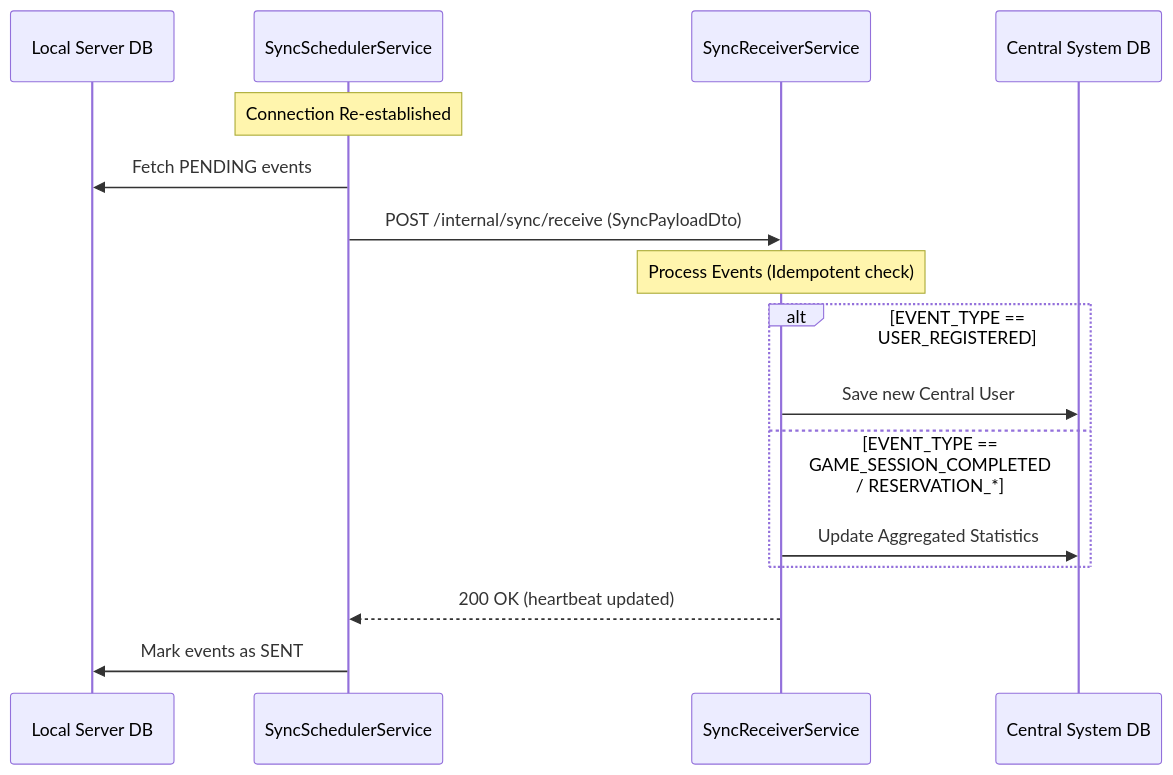
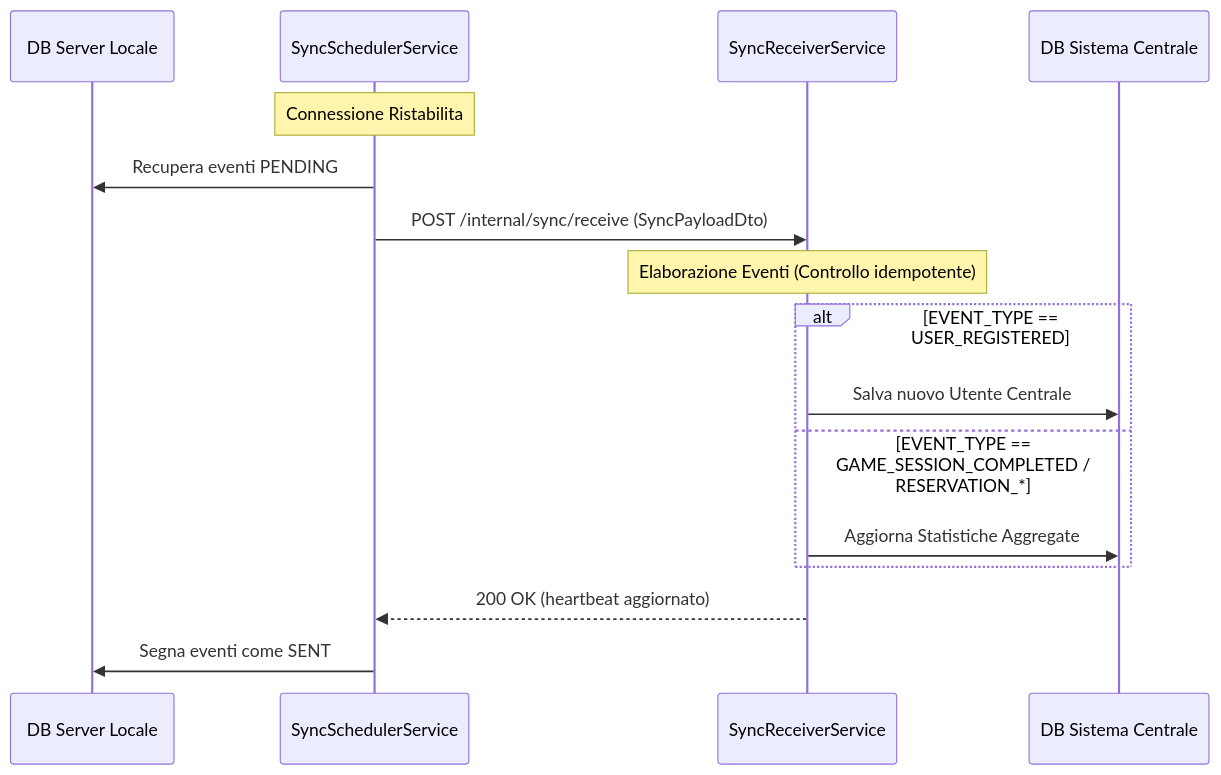
Before and after one commit to VisualLaser10New/GameHandler_26: the diagram in documenti/strutture/local_offline_handling.md, drawn with Mermaid. The commit also changed other lines of this file and 2 other files, not shown here.

````diff
--- a/documenti/strutture/local_offline_handling.md
+++ b/documenti/strutture/local_offline_handling.md
@@ -60,19 +60,19 @@
 ```mermaid
 sequenceDiagram
-    participant LocalDB as Local Server DB
+    participant LocalDB as DB Server Locale
     participant LocalSync as SyncSchedulerService
     participant CentralReceiver as SyncReceiverService
-    participant CentralDB as Central System DB
+    participant CentralDB as DB Sistema Centrale
     
-    Note over LocalSync: Connection Re-established
-    LocalSync->>LocalDB: Fetch PENDING events
+    Note over LocalSync: Connessione Ristabilita
+    LocalSync->>LocalDB: Recupera eventi PENDING
     LocalSync->>CentralReceiver: POST /internal/sync/receive (SyncPayloadDto)
-    Note over CentralReceiver: Process Events (Idempotent check)
+    Note over CentralReceiver: Elaborazione Eventi (Controllo idempotente)
     alt EVENT_TYPE == USER_REGISTERED
-        CentralReceiver->>CentralDB: Save new Central User
+        CentralReceiver->>CentralDB: Salva nuovo Utente Centrale
     else EVENT_TYPE == GAME_SESSION_COMPLETED / RESERVATION_*
-        CentralReceiver->>CentralDB: Update Aggregated Statistics
+        CentralReceiver->>CentralDB: Aggiorna Statistiche Aggregate
     end
-    CentralReceiver-->>LocalSync: 200 OK (heartbeat updated)
-    LocalSync->>LocalDB: Mark events as SENT
+    CentralReceiver-->>LocalSync: 200 OK (heartbeat aggiornato)
+    LocalSync->>LocalDB: Segna eventi come SENT
 ```
````
